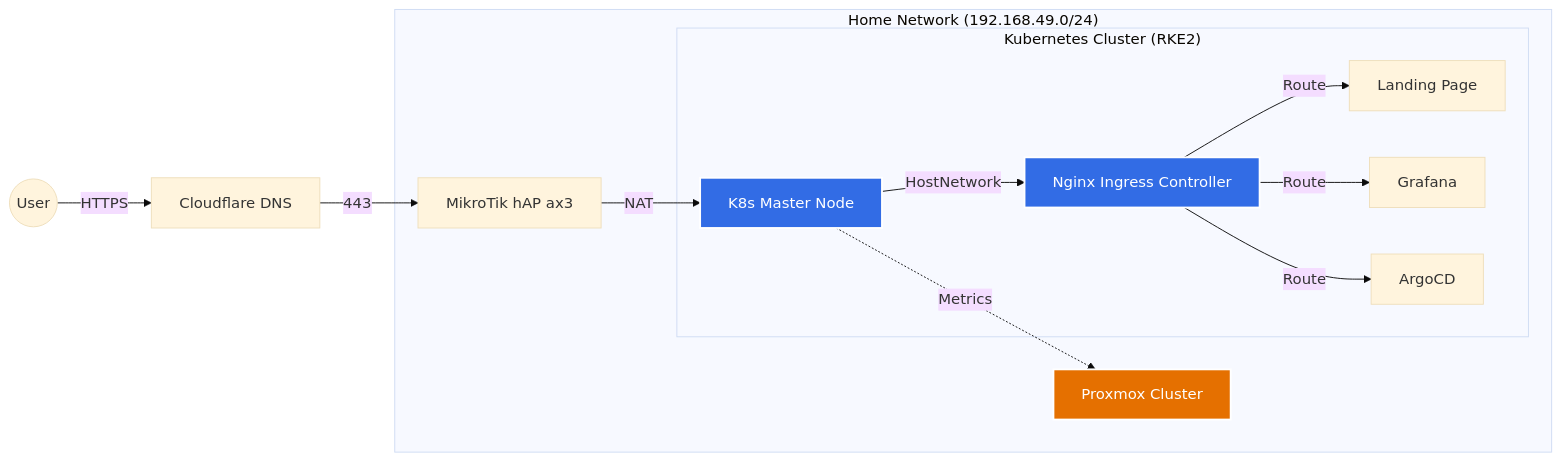
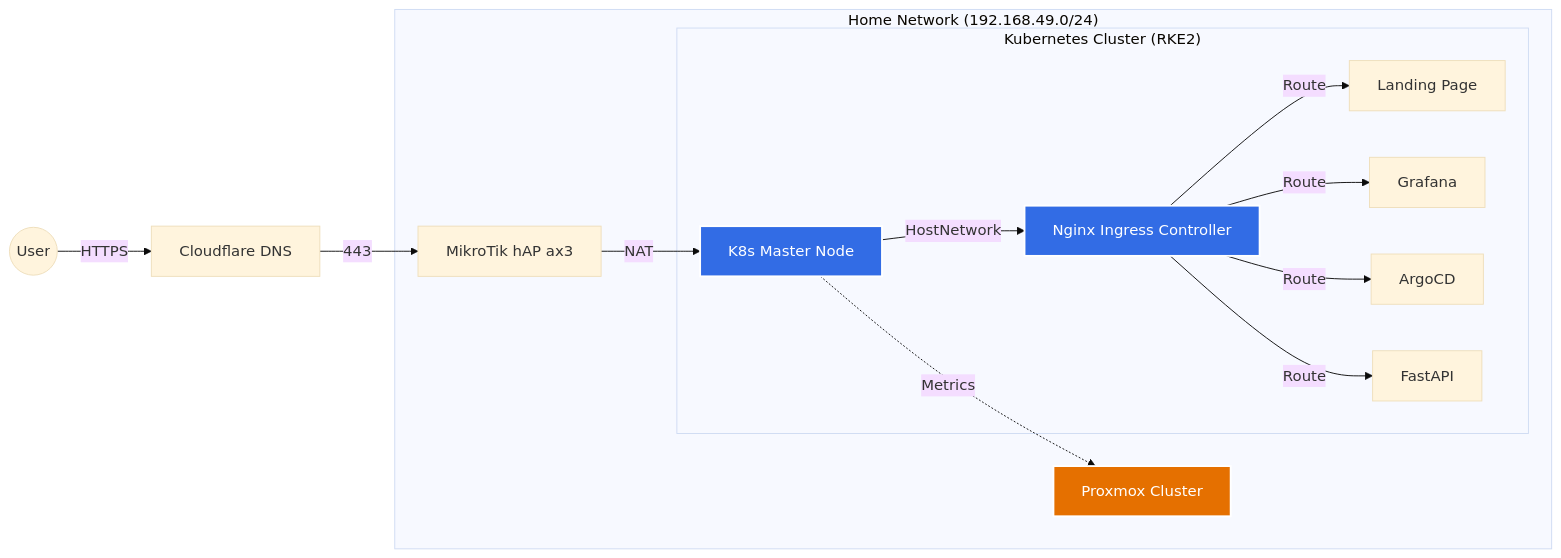
The diagram in README.md (joshdarcy/Homelab), drawn with Mermaid (base theme) before and after one commit. The commit also changed other lines of this file, not shown here.

````diff
--- a/README.md
+++ b/README.md
@@ -26,27 +30,28 @@
 ```mermaid
 graph LR
     %% Styles
     classDef cloud fill:#f9f9f9,stroke:#333,stroke-width:2px;
     classDef k8s fill:#326ce5,stroke:#fff,stroke-width:2px,color:#fff;
     classDef hw fill:#E57000,stroke:#fff,stroke-width:2px,color:#fff;
 
     Internet((User)) -->|HTTPS| CF[Cloudflare DNS]
     CF -->|443| Router[MikroTik hAP ax3]
     
     subgraph "Home Network (192.168.49.0/24)"
         Router -->|NAT| Master[K8s Master Node]:::k8s
         
         subgraph "Kubernetes Cluster (RKE2)"
             Master -->|HostNetwork| Ingress[Nginx Ingress Controller]:::k8s
             Ingress -->|Route| Landing[Landing Page]
             Ingress -->|Route| Grafana[Grafana]
             Ingress -->|Route| Argo[ArgoCD]
+	    Ingress -->|Route| API[FastAPI]
         end
         
         Master -.->|Metrics| Proxmox[Proxmox Cluster]:::hw
     end
 
     %% Legend
     class Master,Ingress k8s
     class Proxmox hw
 ```
````
